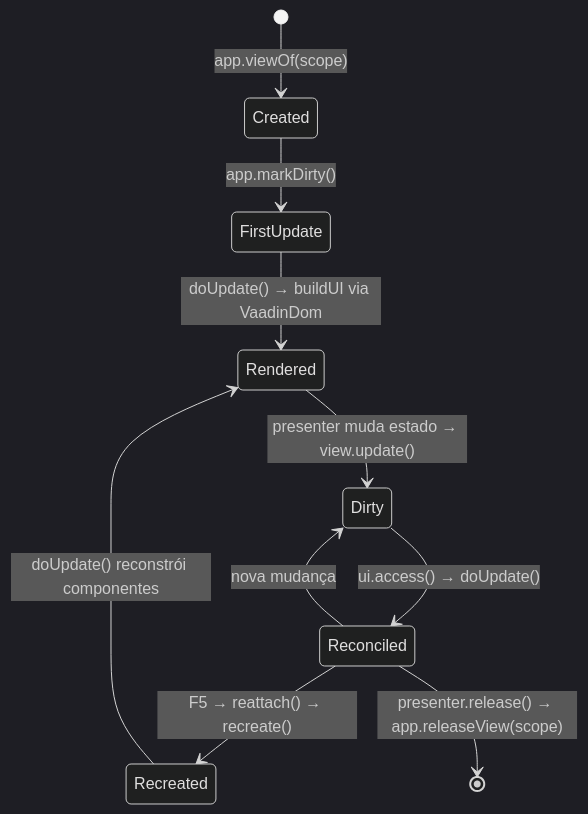
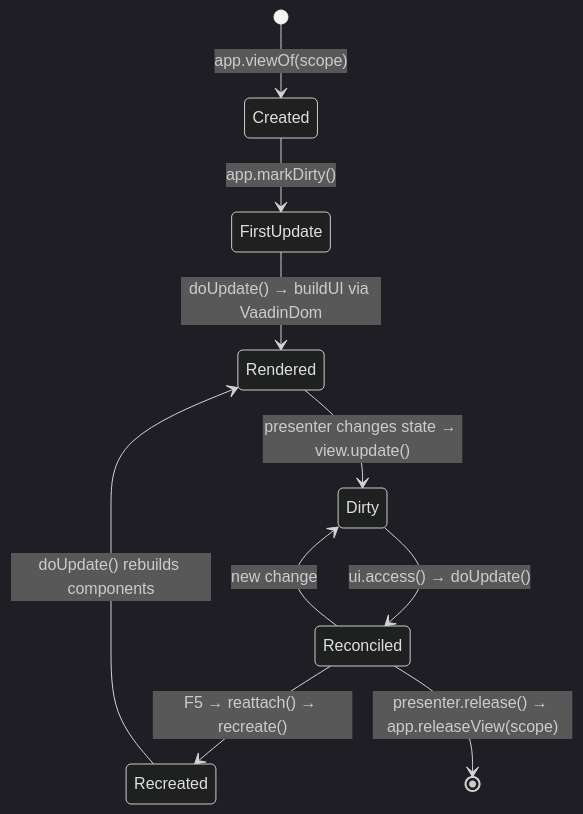
Before and after one commit to mrcdom/wdc-cube-java-v2: the fourth of 4 diagrams in fontes/br.com.wdc.shopping/br.com.wdc.shopping.view.vaadin/README.md, drawn with Mermaid (dark theme). The commit also changed other lines of this file and 69 other files, not shown here.

````diff
--- a/fontes/br.com.wdc.shopping/br.com.wdc.shopping.view.vaadin/README.md
+++ b/fontes/br.com.wdc.shopping/br.com.wdc.shopping.view.vaadin/README.md
@@ -343,12 +343,12 @@
 ```mermaid
 stateDiagram-v2
     [*] --> Created: app.viewOf(scope)
     Created --> FirstUpdate: app.markDirty()
     FirstUpdate --> Rendered: doUpdate() → buildUI via VaadinDom
-    Rendered --> Dirty: presenter muda estado → view.update()
+    Rendered --> Dirty: presenter changes state → view.update()
     Dirty --> Reconciled: ui.access() → doUpdate()
-    Reconciled --> Dirty: nova mudança
+    Reconciled --> Dirty: new change
     Reconciled --> Recreated: F5 → reattach() → recreate()
-    Recreated --> Rendered: doUpdate() reconstrói componentes
+    Recreated --> Rendered: doUpdate() rebuilds components
     Reconciled --> [*]: presenter.release() → app.releaseView(scope)
 ```
````
